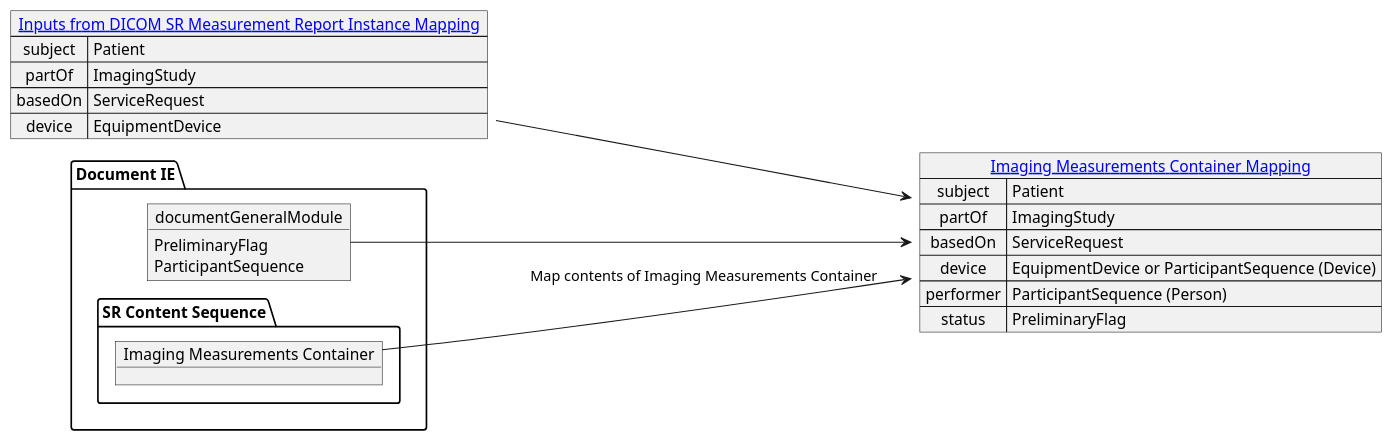
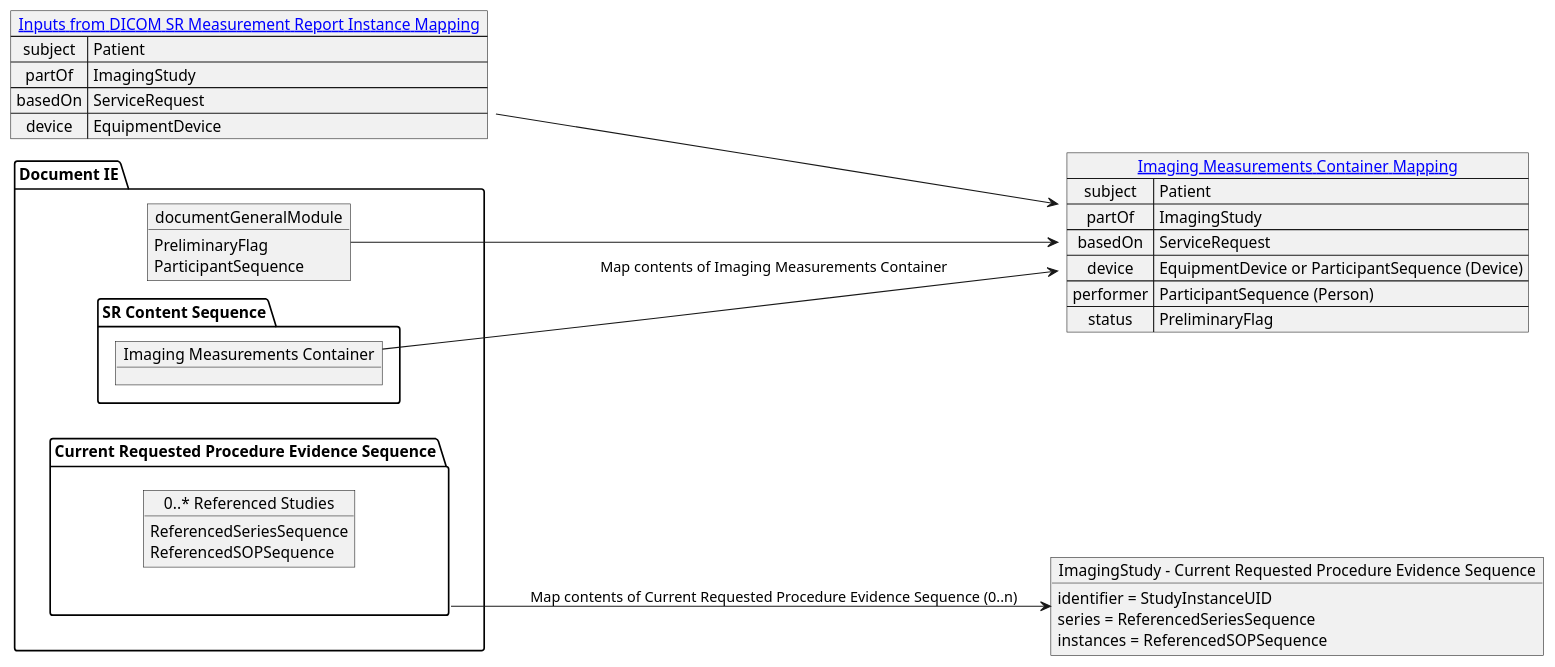
One commit to HL7/dicom-sr changed the diagram in input/images-source/4_3_dicom_document_ie_mapping.plantuml. Above: the diagram before and after it, drawn with PlantUML. The commit also changed 21 other files, not shown here.

```diff
--- a/input/images-source/4_3_dicom_document_ie_mapping.plantuml
+++ b/input/images-source/4_3_dicom_document_ie_mapping.plantuml
@@ -1,33 +1,46 @@
 @startuml dicom_sr_document_ie_mapping
 left to right direction
 
 map "[[mapping.html#dicom-sr-measurement-report-instance-mapping Inputs from DICOM SR Measurement Report Instance Mapping]]" as inputs {
     subject => Patient
     partOf => ImagingStudy
     basedOn => ServiceRequest
     device => EquipmentDevice
 }
 
 package "Document IE" {
     object documentGeneralModule {
         PreliminaryFlag
         ParticipantSequence
     }
+    package "Current Requested Procedure Evidence Sequence" as evidenceSequence {
+        object "0..* Referenced Studies" as referencedStudies {
+          ReferencedSeriesSequence
+          ReferencedSOPSequence
+        }
+    }
     package "SR Content Sequence" as srContentSequence {
         object "Imaging Measurements Container" as imagingMeasurements
     }
 }
 
 map "[[mapping.html#imaging-measurements-container-mapping Imaging Measurements Container Mapping]]" as imagingMeasurementsMapping {
     subject => Patient
     partOf => ImagingStudy
     basedOn => ServiceRequest
     device => EquipmentDevice or ParticipantSequence (Device)
     performer => ParticipantSequence (Person)
     status => PreliminaryFlag
 }
 
+object "ImagingStudy - Current Requested Procedure Evidence Sequence" as evidenceSequenceImagingStudy {
+    identifier = StudyInstanceUID
+    series = ReferencedSeriesSequence
+    instances = ReferencedSOPSequence
+}
+
 imagingMeasurements --> imagingMeasurementsMapping: Map contents of Imaging Measurements Container
 inputs --> imagingMeasurementsMapping
 documentGeneralModule --> imagingMeasurementsMapping
+evidenceSequence --> evidenceSequenceImagingStudy: Map contents of Current Requested Procedure Evidence Sequence (0..n)
 @enduml
```
